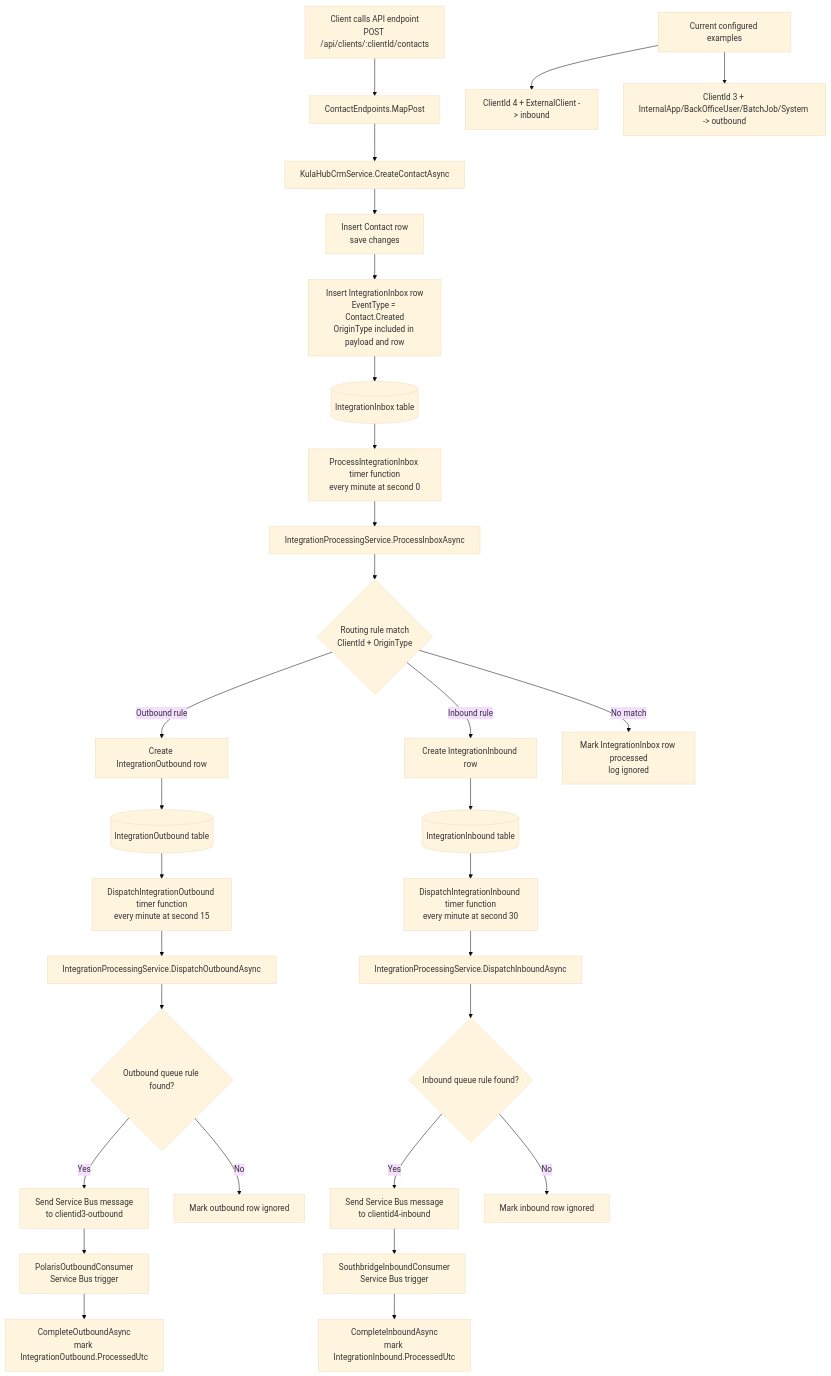
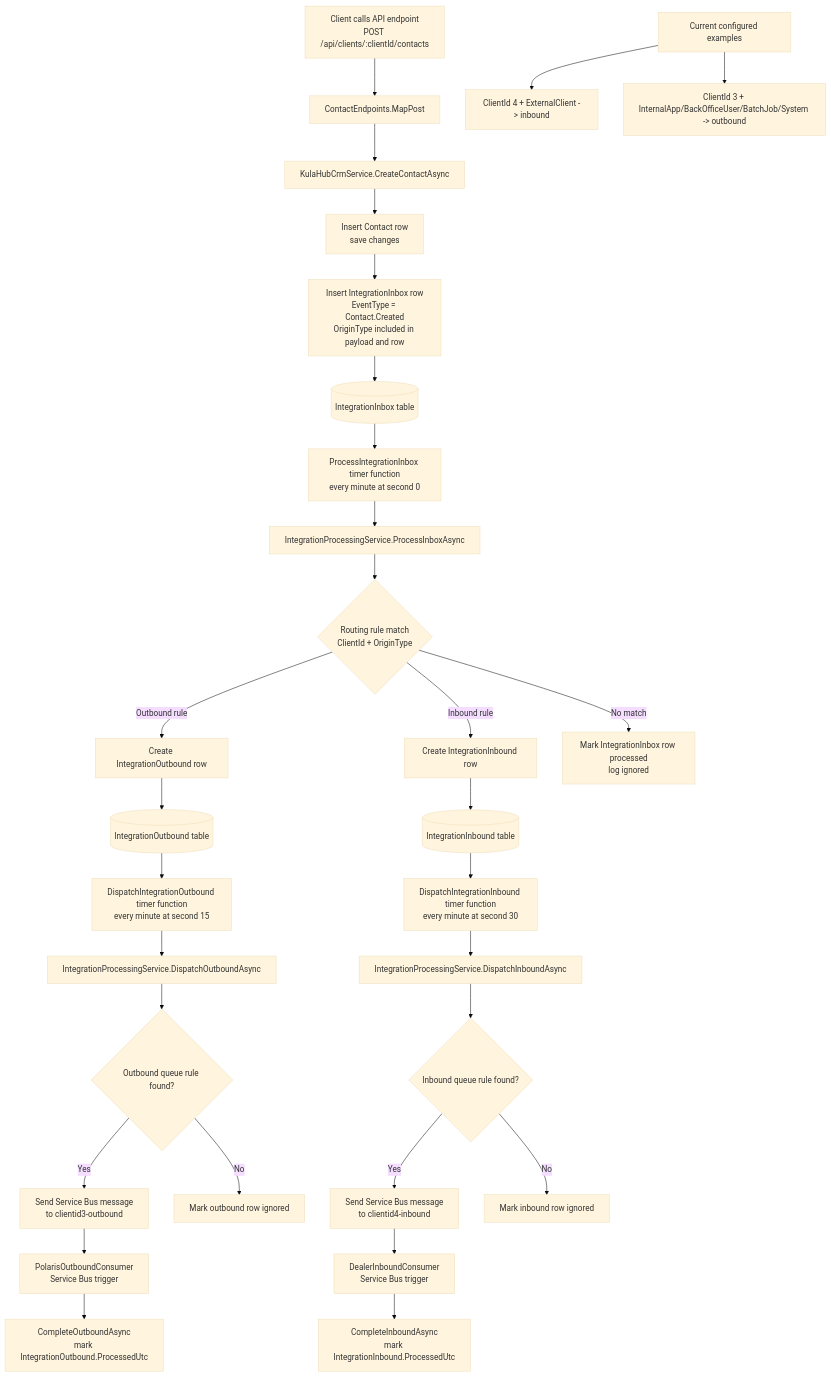
One commit to timmetcalfe/KulaHubIssues changed the first of 3 diagrams in MESSAGE_FLOW.md. Above: the diagram before and after it, drawn with Mermaid (base theme). The commit also changed other lines of this file and 10 other files, not shown here.

Commit message:
feat: update client references from Southbridge Retail to Dealer; refactor related processing logic and consumer functions

````diff
--- a/MESSAGE_FLOW.md
+++ b/MESSAGE_FLOW.md
@@ -5,40 +5,40 @@
 ```mermaid
 flowchart TD
     A[Client calls API endpoint<br/>POST /api/clients/:clientId/contacts] --> B[ContactEndpoints.MapPost]
     B --> C[KulaHubCrmService.CreateContactAsync]
     C --> D[Insert Contact row<br/>save changes]
     D --> E[Insert IntegrationInbox row<br/>EventType = Contact.Created<br/>OriginType included in payload and row]
     E --> F[(IntegrationInbox table)]
 
     F --> G[ProcessIntegrationInbox timer function<br/>every minute at second 0]
     G --> H[IntegrationProcessingService.ProcessInboxAsync]
     H --> I{Routing rule match<br/>ClientId + OriginType}
 
     I -->|Outbound rule| J[Create IntegrationOutbound row]
     I -->|Inbound rule| K[Create IntegrationInbound row]
     I -->|No match| L[Mark IntegrationInbox row processed<br/>log ignored]
 
     J --> M[(IntegrationOutbound table)]
     K --> N[(IntegrationInbound table)]
 
     M --> O[DispatchIntegrationOutbound timer function<br/>every minute at second 15]
     O --> P[IntegrationProcessingService.DispatchOutboundAsync]
     P --> Q{Outbound queue rule found?}
     Q -->|Yes| R[Send Service Bus message<br/>to clientid3-outbound]
     Q -->|No| S[Mark outbound row ignored]
 
     N --> T[DispatchIntegrationInbound timer function<br/>every minute at second 30]
     T --> U[IntegrationProcessingService.DispatchInboundAsync]
     U --> V{Inbound queue rule found?}
     V -->|Yes| W[Send Service Bus message<br/>to clientid4-inbound]
     V -->|No| X[Mark inbound row ignored]
 
-    W --> Y[SouthbridgeInboundConsumer<br/>Service Bus trigger]
+    W --> Y[DealerInboundConsumer<br/>Service Bus trigger]
     Y --> Z[CompleteInboundAsync<br/>mark IntegrationInbound.ProcessedUtc]
 
     R --> AA[PolarisOutboundConsumer<br/>Service Bus trigger]
     AA --> AB[CompleteOutboundAsync<br/>mark IntegrationOutbound.ProcessedUtc]
 
     AC[Current configured examples] --> AD[ClientId 4 + ExternalClient -> inbound]
     AC --> AE[ClientId 3 + InternalApp/BackOfficeUser/BatchJob/System -> outbound]
 ```
````
